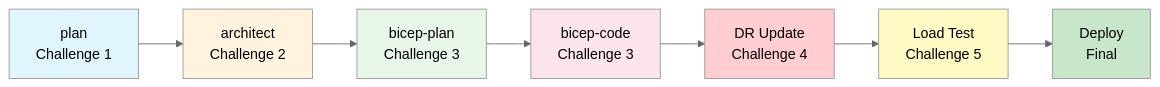
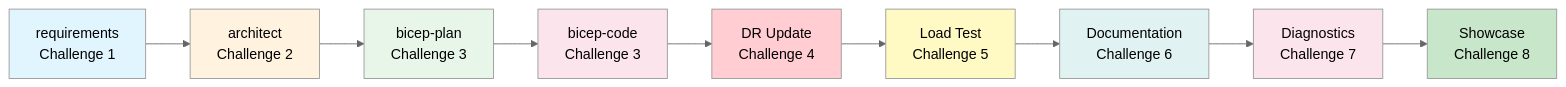
One commit to jonathan-vella/azure-agentic-infraops-workshop changed the diagram in hackathon/README.md. Above: the diagram before and after it, drawn with Mermaid. The commit also changed other lines of this file and 26 other files, not shown here.

````diff
--- a/hackathon/README.md
+++ b/hackathon/README.md
@@ -150,18 +155,22 @@
 ```mermaid
 %%{init: {'theme':'neutral'}}%%
 graph LR
-    P["plan<br/>Challenge 1"] --> A["architect<br/>Challenge 2"]
+    R["requirements<br/>Challenge 1"] --> A["architect<br/>Challenge 2"]
     A --> B["bicep-plan<br/>Challenge 3"]
     B --> I["bicep-code<br/>Challenge 3"]
     I --> DR["DR Update<br/>Challenge 4"]
     DR --> LT["Load Test<br/>Challenge 5"]
-    LT --> DEP["Deploy<br/>Final"]
+    LT --> DOC["Documentation<br/>Challenge 6"]
+    DOC --> DIAG["Diagnostics<br/>Challenge 7"]
+    DIAG --> SHOW["Showcase<br/>Challenge 8"]
 
-    style P fill:#e1f5fe
+    style R fill:#e1f5fe
     style A fill:#fff3e0
     style B fill:#e8f5e9
     style I fill:#fce4ec
     style DR fill:#ffcdd2
     style LT fill:#fff9c4
-    style DEP fill:#c8e6c9
+    style DOC fill:#e0f2f1
+    style DIAG fill:#fce4ec
+    style SHOW fill:#c8e6c9
 ```
````
